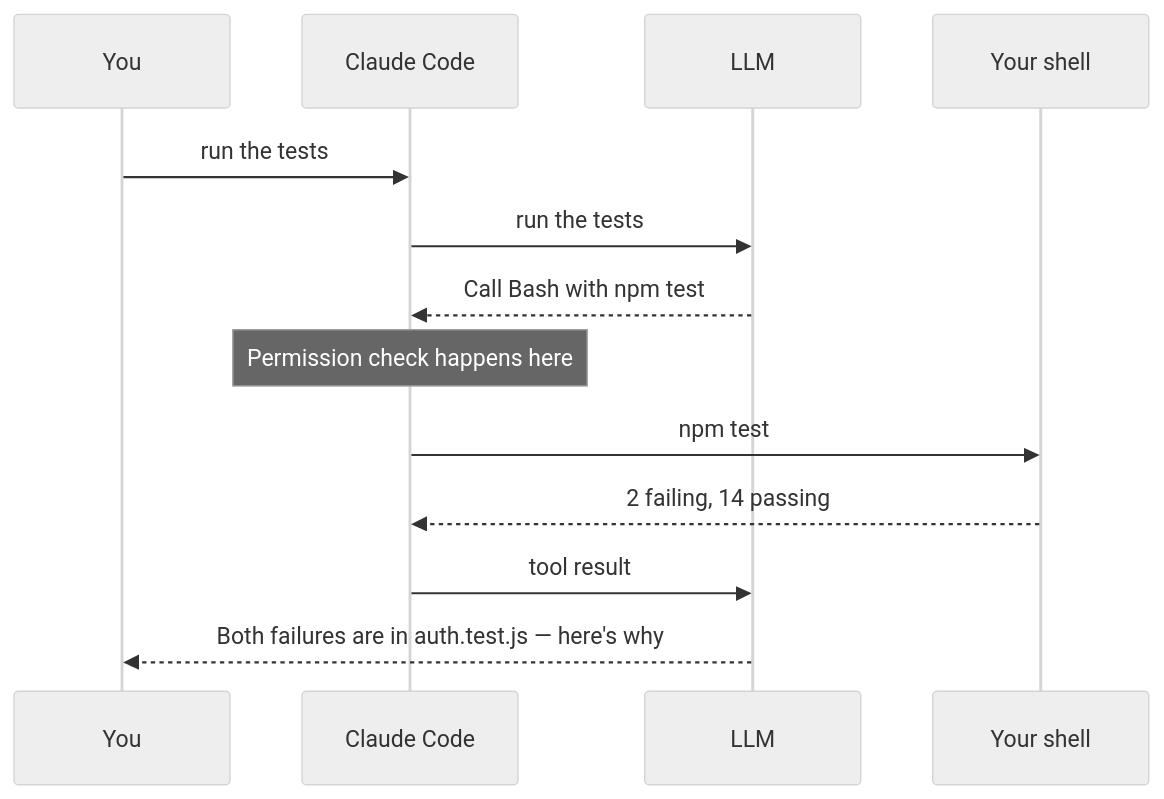
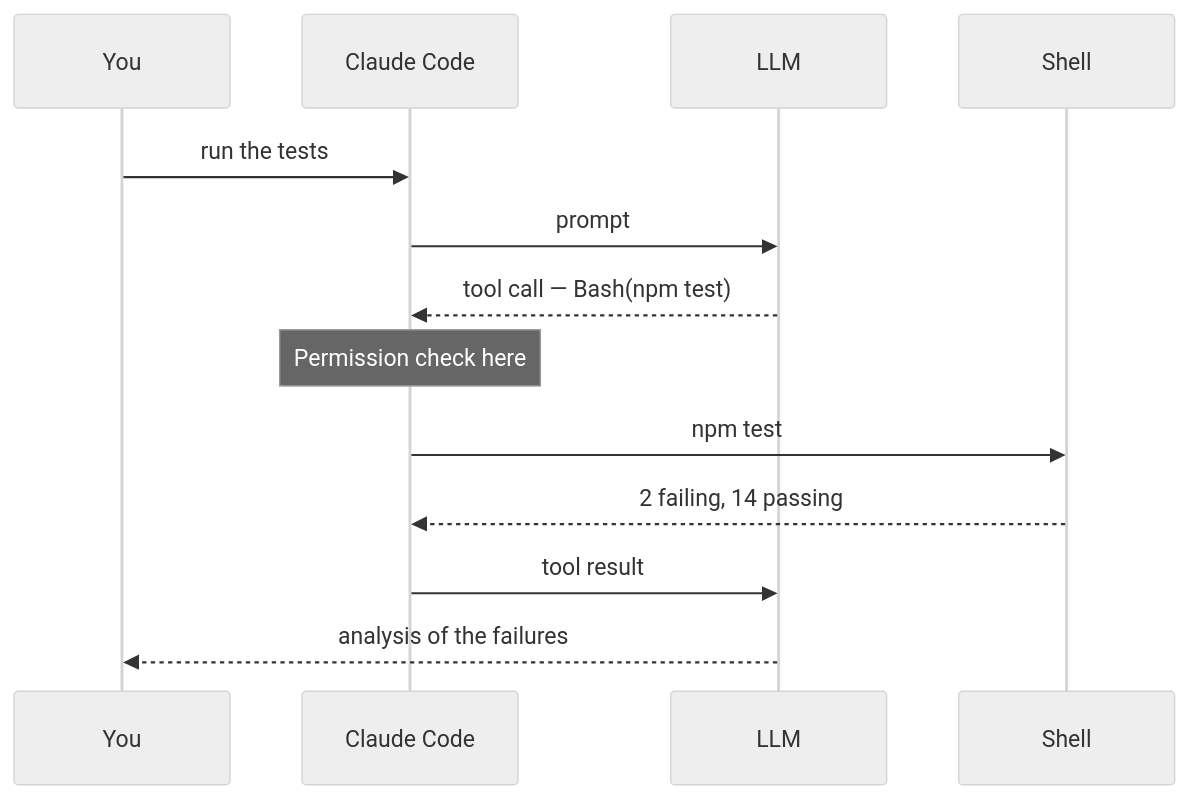
Before and after one commit to devops-monk/ai-blog: the third of 3 diagrams in content/posts/2026/cc-02-three-ways-to-talk.md, drawn with Mermaid (neutral theme). The commit also changed other lines of this file and 3 other files, not shown here.

````diff
--- a/content/posts/2026/cc-02-three-ways-to-talk.md
+++ b/content/posts/2026/cc-02-three-ways-to-talk.md
@@ -183,15 +259,15 @@
 ```mermaid
 sequenceDiagram
     participant You
     participant CC as Claude Code
     participant LLM
-    participant Sh as Your shell
+    participant Sh as Shell
     You->>CC: run the tests
-    CC->>LLM: run the tests
-    LLM-->>CC: Call Bash with npm test
-    Note over CC: Permission check happens here
+    CC->>LLM: prompt
+    LLM-->>CC: tool call — Bash(npm test)
+    Note over CC: Permission check here
     CC->>Sh: npm test
     Sh-->>CC: 2 failing, 14 passing
     CC->>LLM: tool result
-    LLM-->>You: Both failures are in auth.test.js — here's why
+    LLM-->>You: analysis of the failures
 ```
````
